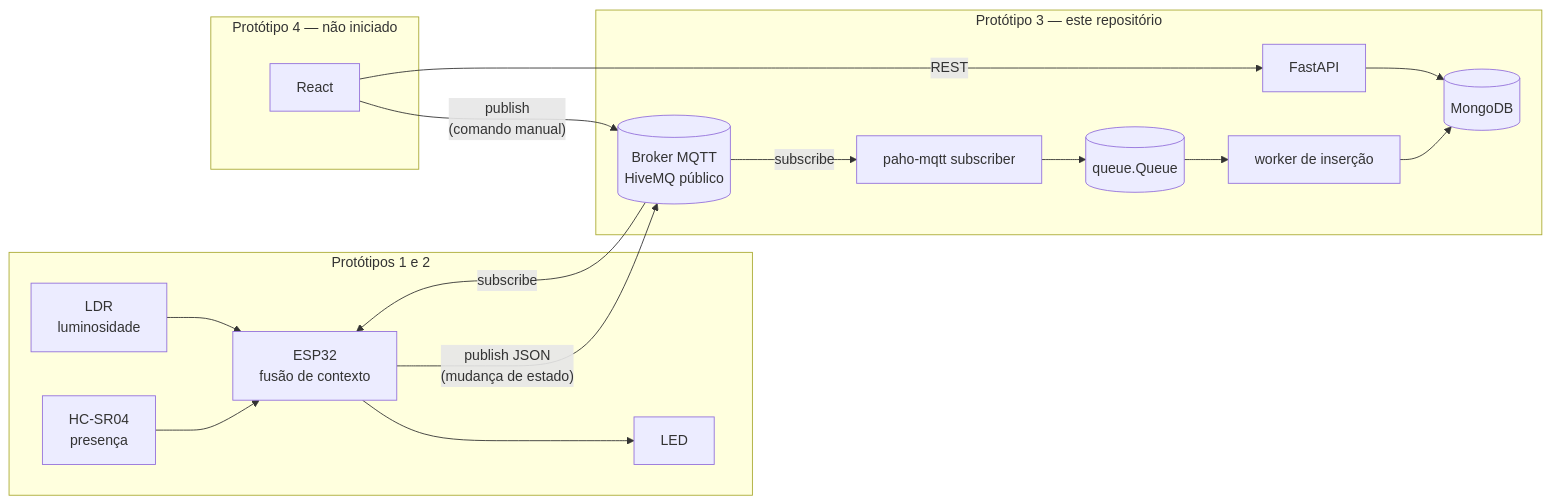
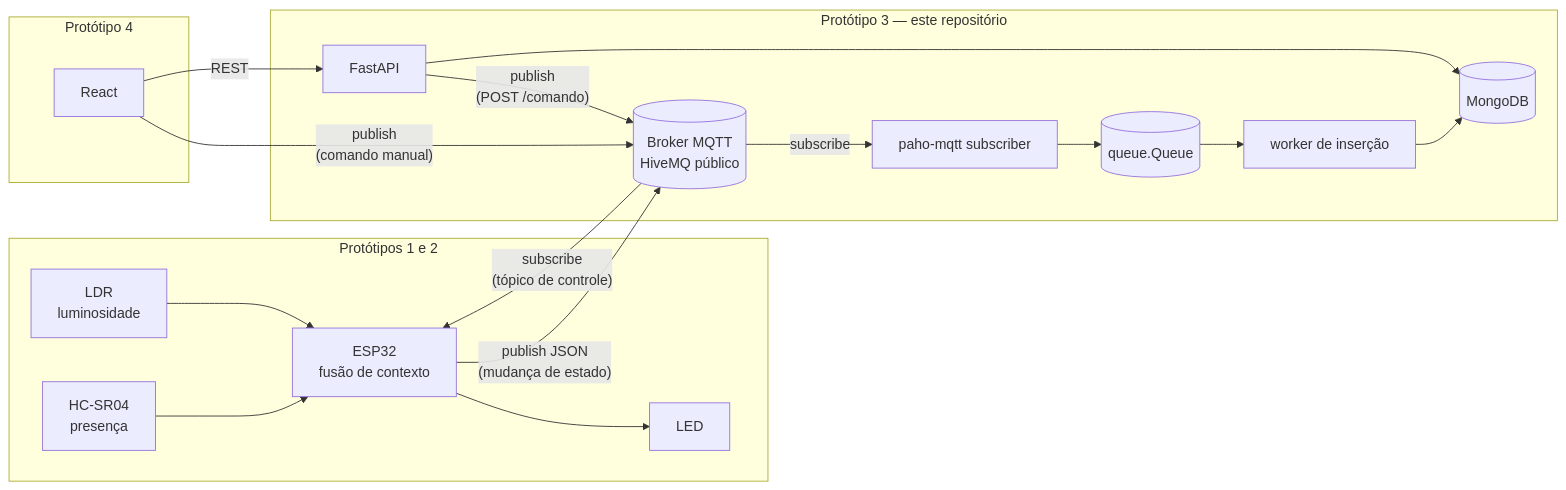
The first of 2 diagrams in docs/ARCHITECTURE.md (Julia-Amadio/iluminacao-inteligente-ubicomp), drawn with Mermaid before and after one commit. The commit also changed other lines of this file and 2 other files, not shown here.

Commit message:
docs: atualiza arquitetura, registro de validação e roadmap

````diff
--- a/docs/ARCHITECTURE.md
+++ b/docs/ARCHITECTURE.md
@@ -35,24 +35,26 @@
 ```mermaid
 flowchart LR
     subgraph Embarcado["Protótipos 1 e 2"]
         HC["HC-SR04\npresença"] --> ESP["ESP32\nfusão de contexto"]
         LDR["LDR\nluminosidade"] --> ESP
         ESP --> LED["LED"]
     end
 
     ESP -- "publish JSON\n(mudança de estado)" --> Broker[("Broker MQTT\nHiveMQ público")]
 
     subgraph Backend["Protótipo 3 — este repositório"]
         Broker -- subscribe --> Sub["paho-mqtt subscriber"]
         Sub --> Fila[("queue.Queue")]
         Fila --> Worker["worker de inserção"]
         Worker --> Mongo[("MongoDB")]
         API["FastAPI"] --> Mongo
     end
 
-    subgraph Frontend["Protótipo 4 — não iniciado"]
+    subgraph Frontend["Protótipo 4"]
         UI["React"] -- REST --> API
         UI -- "publish\n(comando manual)" --> Broker
-        Broker -- subscribe --> ESP
     end
+
+    API -- "publish\n(POST /comando)" --> Broker
+    Broker -- "subscribe\n(tópico de controle)" --> ESP
 ```
````
